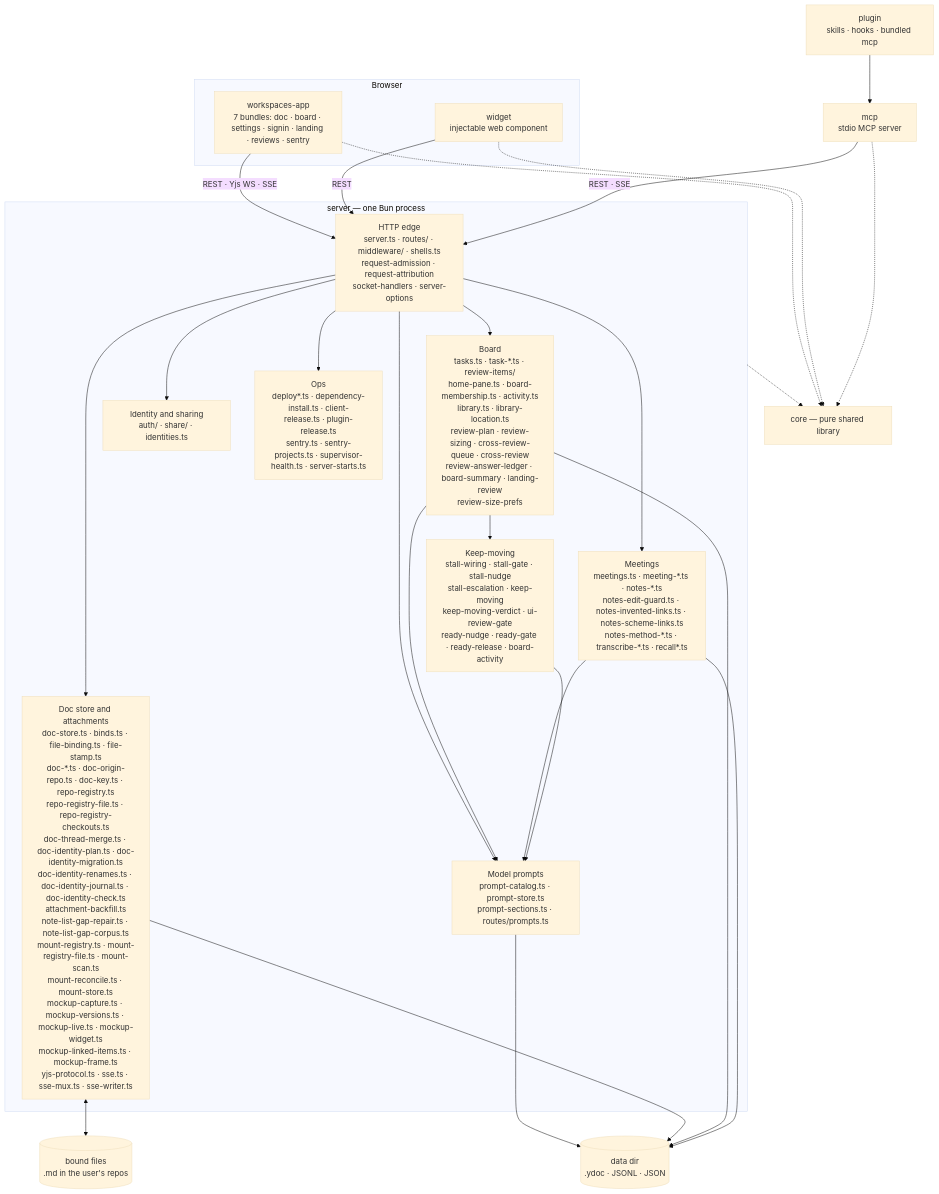
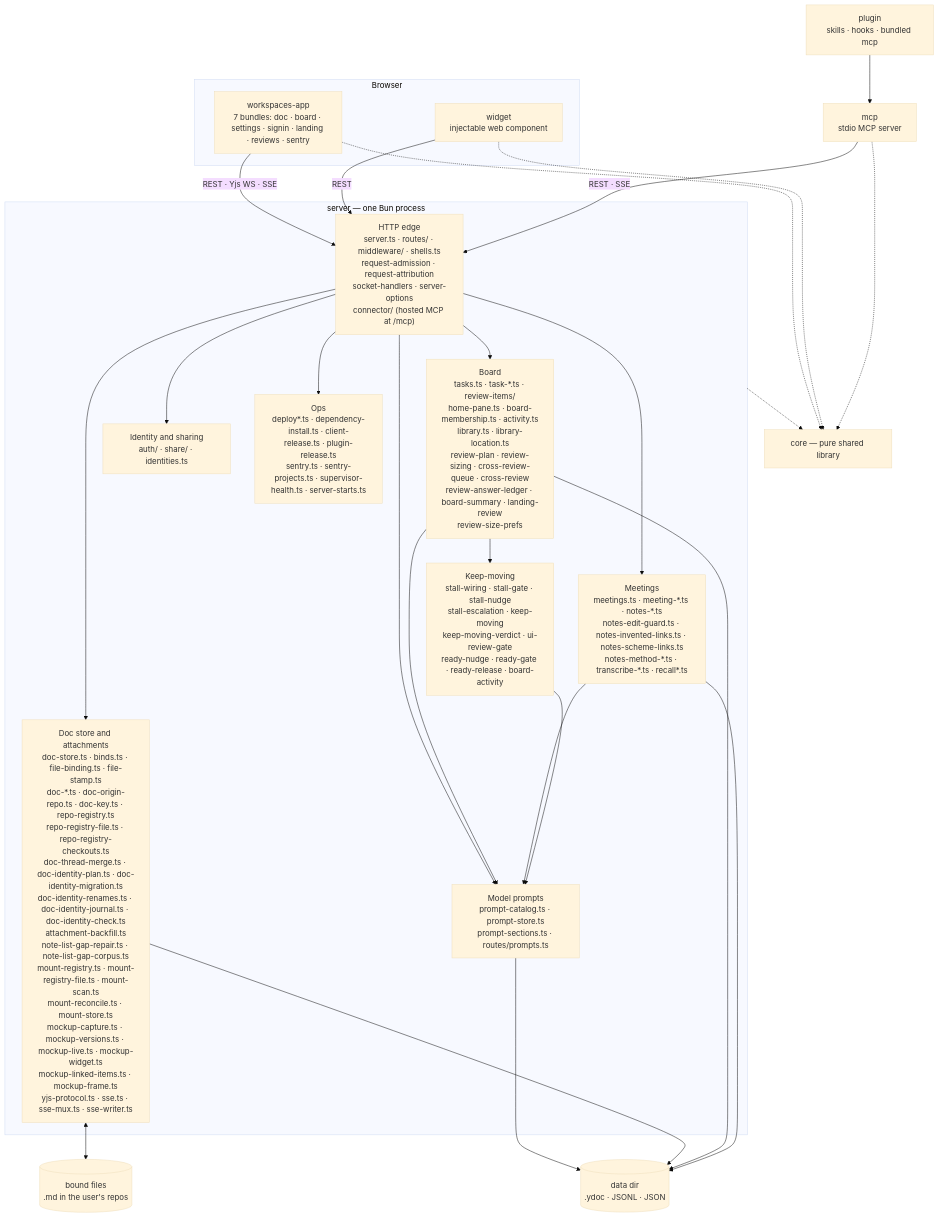
Before and after one commit to fryanpan/claude-workspaces-plugin: the first of 2 diagrams in docs/architecture/overview.md, drawn with Mermaid (base theme). The commit also changed other lines of this file and 1 other file, not shown here.

First line of the commit message:
The architecture docs name the hosted connector, its gate and its snapshot file

````diff
--- a/docs/architecture/overview.md
+++ b/docs/architecture/overview.md
@@ -45,35 +45,35 @@
 ```mermaid
 flowchart TB
   subgraph browser[Browser]
     app["workspaces-app<br/>7 bundles: doc · board · settings · signin · landing · reviews · sentry"]
     wid["widget<br/>injectable web component"]
   end
   plug["plugin<br/>skills · hooks · bundled mcp"]
   mcp["mcp<br/>stdio MCP server"]
   subgraph srv["server — one Bun process"]
-    edge["HTTP edge<br/>server.ts · routes/ · middleware/ · shells.ts<br/>request-admission · request-attribution<br/>socket-handlers · server-options"]
+    edge["HTTP edge<br/>server.ts · routes/ · middleware/ · shells.ts<br/>request-admission · request-attribution<br/>socket-handlers · server-options<br/>connector/ (hosted MCP at /mcp)"]
     docs["Doc store and attachments<br/>doc-store.ts · binds.ts · file-binding.ts · file-stamp.ts<br/>doc-*.ts · doc-origin-repo.ts · doc-key.ts · repo-registry.ts<br/>repo-registry-file.ts · repo-registry-checkouts.ts<br/>doc-thread-merge.ts · doc-identity-plan.ts · doc-identity-migration.ts<br/>doc-identity-renames.ts · doc-identity-journal.ts · doc-identity-check.ts<br/>attachment-backfill.ts<br/>note-list-gap-repair.ts · note-list-gap-corpus.ts<br/>mount-registry.ts · mount-registry-file.ts · mount-scan.ts<br/>mount-reconcile.ts · mount-store.ts<br/>mockup-capture.ts · mockup-versions.ts · mockup-live.ts · mockup-widget.ts<br/>mockup-linked-items.ts · mockup-frame.ts<br/>yjs-protocol.ts · sse.ts · sse-mux.ts · sse-writer.ts"]
     board["Board<br/>tasks.ts · task-*.ts · review-items/<br/>home-pane.ts · board-membership.ts · activity.ts<br/>library.ts · library-location.ts<br/>review-plan · review-sizing · cross-review-queue · cross-review<br/>review-answer-ledger · board-summary · landing-review<br/>review-size-prefs"]
     meet["Meetings<br/>meetings.ts · meeting-*.ts · notes-*.ts<br/>notes-edit-guard.ts · notes-invented-links.ts · notes-scheme-links.ts<br/>notes-method-*.ts · transcribe-*.ts · recall*.ts"]
     keep["Keep-moving<br/>stall-wiring · stall-gate · stall-nudge<br/>stall-escalation · keep-moving<br/>keep-moving-verdict · ui-review-gate<br/>ready-nudge · ready-gate · ready-release · board-activity"]
     ident["Identity and sharing<br/>auth/ · share/ · identities.ts"]
     prompts["Model prompts<br/>prompt-catalog.ts · prompt-store.ts<br/>prompt-sections.ts · routes/prompts.ts"]
     ops["Ops<br/>deploy*.ts · dependency-install.ts · client-release.ts · plugin-release.ts<br/>sentry.ts · sentry-projects.ts · supervisor-health.ts · server-starts.ts"]
   end
   core["core — pure shared library"]
   disk[("data dir<br/>.ydoc · JSONL · JSON")]
   files[("bound files<br/>.md in the user's repos")]
 
   app -->|"REST · Yjs WS · SSE"| edge
   wid -->|REST| edge
   plug --> mcp
   mcp -->|"REST · SSE"| edge
   edge --> docs & board & meet & ident & ops & prompts
   board & meet & keep --> prompts
   prompts --> disk
   board --> keep
   docs <--> files
   docs & board & meet --> disk
   app & wid & mcp -.-> core
   srv -.-> core
 ```
````
